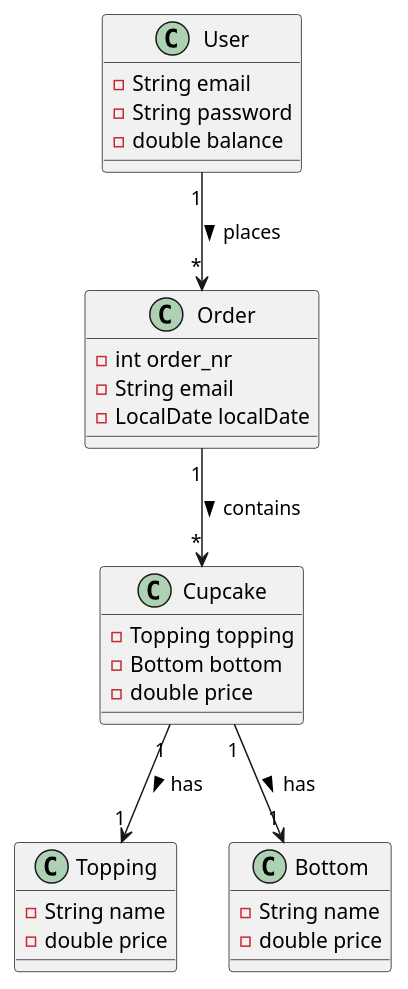
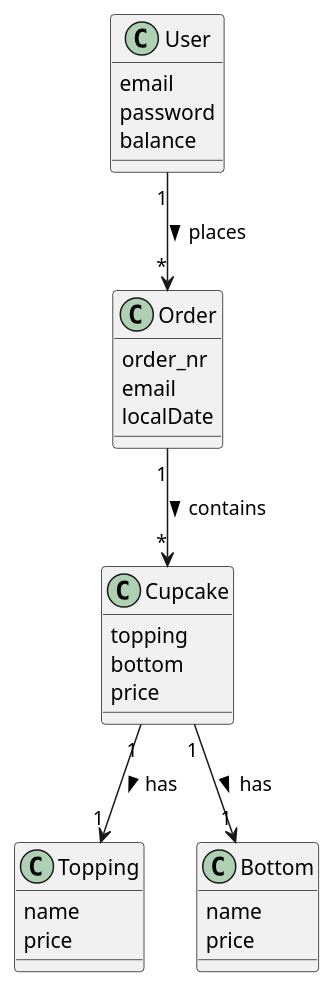
Before and after one commit to MariamE04/CupCakeProjekt: the diagram in UML/CupCake.puml, drawn with PlantUML.

Commit message:
lavet en domænemodel

```diff
--- a/UML/CupCake.puml
+++ b/UML/CupCake.puml
@@ -1,34 +1,34 @@
 @startuml
 class Order {
-    -int order_nr
-    -String email
-    -LocalDate localDate
+   order_nr
+   email
+   localDate
 }
 
 class User {
-    -String email
-    -String password
-    -double balance
+   email
+   password
+   balance
 }
 
 class Cupcake {
-    -Topping topping
-    -Bottom bottom
-    -double price
+   topping
+    bottom
+    price
 }
 
 class Topping {
-    -String name
-    -double price
+    name
+    price
 }
 
 class Bottom {
-    -String name
-    -double price
+   name
+   price
 }
 
 User "1" --> "*" Order : places >
 Order "1" --> "*" Cupcake : contains >
 Cupcake "1" --> "1" Topping : has >
 Cupcake "1" --> "1" Bottom : has >
 @enduml
```
